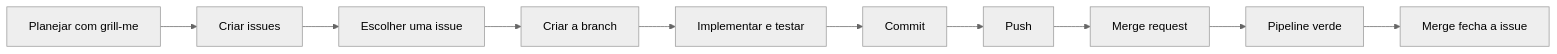
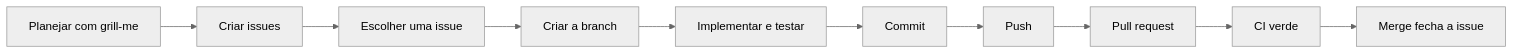
The diagram in docs/development-workflow.md (supermercado-baratao/cotacoes), drawn with Mermaid (neutral theme) before and after one commit. The commit also changed other lines of this file and 9 other files, not shown here.

````diff
--- a/docs/development-workflow.md
+++ b/docs/development-workflow.md
@@ -5,12 +5,12 @@
 ```mermaid
 flowchart LR
   A[Planejar com grill-me] --> B[Criar issues]
   B --> C[Escolher uma issue]
   C --> D[Criar a branch]
   D --> E[Implementar e testar]
   E --> F[Commit]
   F --> G[Push]
-  G --> H[Merge request]
-  H --> CI[Pipeline verde]
+  G --> H[Pull request]
+  H --> CI[CI verde]
   CI --> I[Merge fecha a issue]
 ```
````
